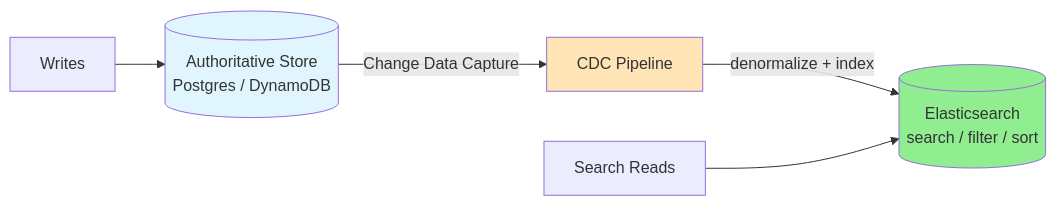
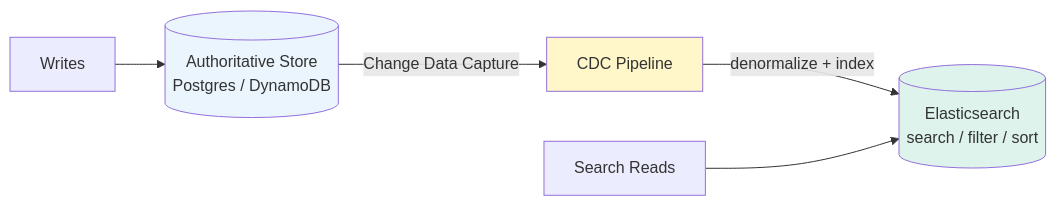
The second of 2 diagrams in LLD/SystemDesign/DeepDives/Elasticsearch.md (cartmancodes/InterviewVault), drawn with Mermaid before and after one commit. The commit also changed 679 other files, not shown here.

Commit message:
Unify content diagrams and add accessible visual walkthroughs

````diff
--- a/LLD/SystemDesign/DeepDives/Elasticsearch.md
+++ b/LLD/SystemDesign/DeepDives/Elasticsearch.md
@@ -804,11 +804,11 @@
 ```mermaid
 graph LR
     W[Writes] --> DB[(Authoritative Store<br/>Postgres / DynamoDB)]
     DB -->|Change Data Capture| CDC[CDC Pipeline]
     CDC -->|denormalize + index| ES[(Elasticsearch<br/>search / filter / sort)]
     R[Search Reads] --> ES
 
-    style DB fill:#e1f5ff
-    style CDC fill:#FFE4B5
-    style ES fill:#90EE90
+    style DB fill:#EAF5FD
+    style CDC fill:#FFF6C9
+    style ES fill:#DDF3EC
 ```
````
